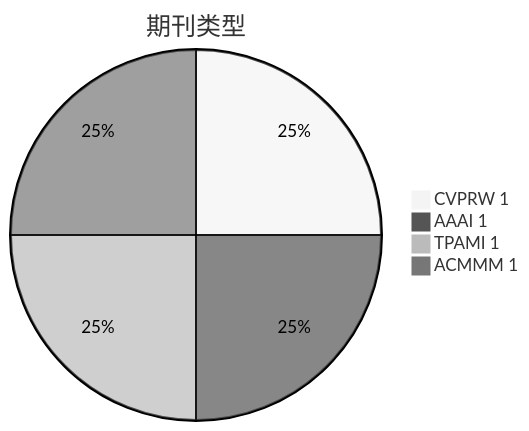
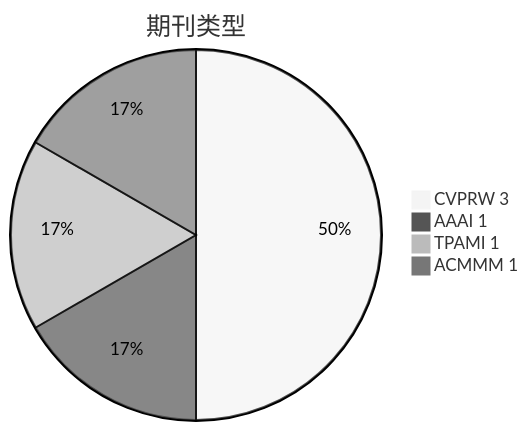
One commit to Elephant-King9/Paper changed the second of 4 diagrams in CV/Lightweight/analyse.md. Above: the diagram before and after it, drawn with Mermaid (neutral theme). The commit also changed other lines of this file and 6 other files, not shown here.

````diff
--- a/CV/Lightweight/analyse.md
+++ b/CV/Lightweight/analyse.md
@@ -23,7 +26,7 @@
 ```mermaid
 pie title 期刊类型
-    "CVPRW 1": 1
+    "CVPRW 3": 3
     "AAAI 1" : 1
     "TPAMI 1" : 1
     "ACMMM 1" : 1
 ```
````
